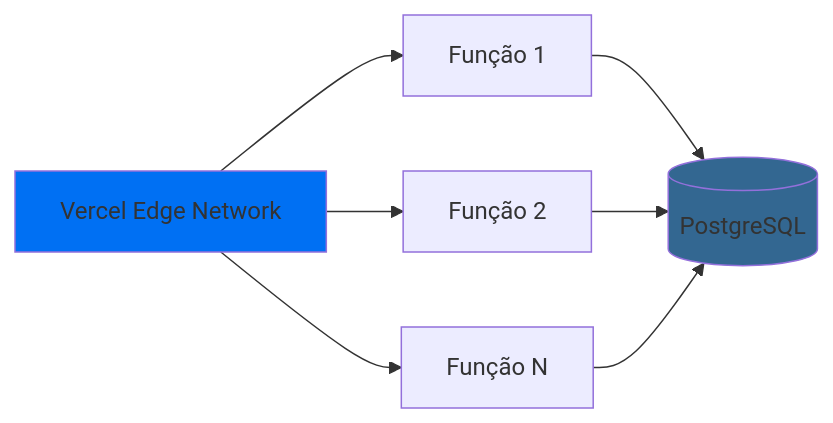
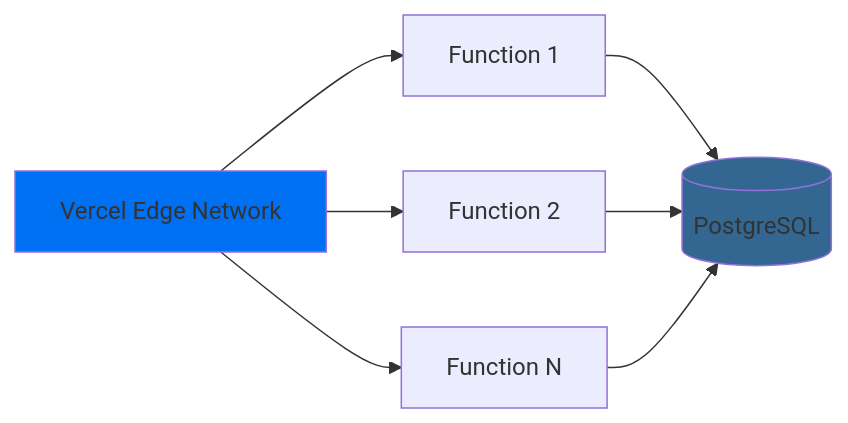
One commit to TheJoaoRech/url-shortener-api changed the fourth of 4 diagrams in README.md. Above: the diagram before and after it, drawn with Mermaid. The commit also changed other lines of this file, not shown here.

````diff
--- a/README.md
+++ b/README.md
@@ -607,12 +607,12 @@
 ```mermaid
 flowchart LR
-    A[Vercel Edge Network] --> B[Função 1]
-    A --> C[Função 2]
-    A --> D[Função N]
+    A[Vercel Edge Network] --> B[Function 1]
+    A --> C[Function 2]
+    A --> D[Function N]
     B --> E[(PostgreSQL)]
     C --> E
     D --> E
 
     style A fill:#0070f3
     style E fill:#336791
 ```
````
